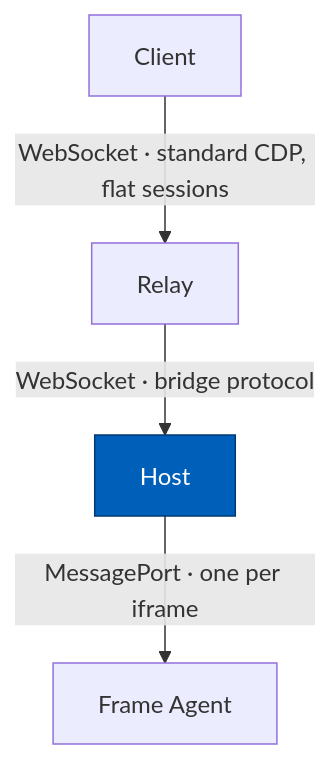
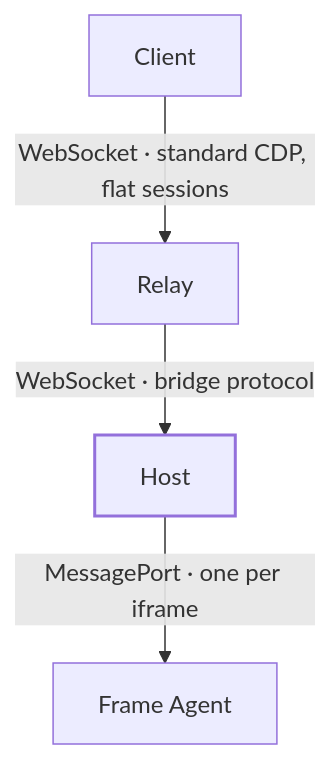
Before and after one commit to olimsaidov/icdp: the first of 2 diagrams in docs/explanation/architecture.md, drawn with Mermaid. The commit also changed other lines of this file and 4 other files, not shown here.

First line of the commit message:
Plain-language home and theme-native mermaid diagrams

````diff
--- a/docs/explanation/architecture.md
+++ b/docs/explanation/architecture.md
@@ -15,7 +15,7 @@
 ```mermaid
 flowchart TD
     C["Client"] -->|"WebSocket · standard CDP, flat sessions"| R["Relay"]
-    R -->|"WebSocket · bridge protocol"| H["Host"]
+    R -->|"WebSocket · bridge protocol"| H["Host"]:::hub
     H -->|"MessagePort · one per iframe"| F["Frame Agent"]
-    style H fill:#005fb8,stroke:#003a73,color:#fff
+    classDef hub stroke-width:2px;
 ```
````
